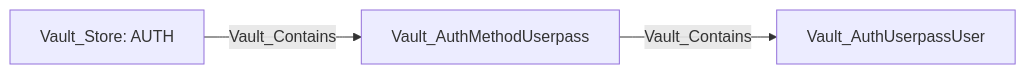
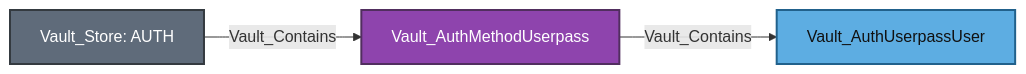
Diagram 28 of 28 in Documentation/stores/AUTH.md (bytewreck/opengraph-vault), drawn with Mermaid before and after one commit. The commit also changed other lines of this file and 4 other files, not shown here.

````diff
--- a/Documentation/stores/AUTH.md
+++ b/Documentation/stores/AUTH.md
@@ -1597,5 +1643,9 @@
 ```mermaid
 flowchart LR
-    store[Vault_Store: AUTH] -->|Vault_Contains| method[Vault_AuthMethodUserpass]
-    method -->|Vault_Contains| user[Vault_AuthUserpassUser]
+    store[Vault_Store: AUTH]:::storeNode -->|Vault_Contains| method[Vault_AuthMethodUserpass]:::authMethodNode
+    method -->|Vault_Contains| user[Vault_AuthUserpassUser]:::authUserNode
+
+    classDef storeNode fill:#5F6B7A,color:#fff,stroke:#343A40,stroke-width:2px
+    classDef authMethodNode fill:#8E44AD,color:#fff,stroke:#512E5F,stroke-width:2px
+    classDef authUserNode fill:#5DADE2,color:#111,stroke:#21618C,stroke-width:2px
 ```
````
